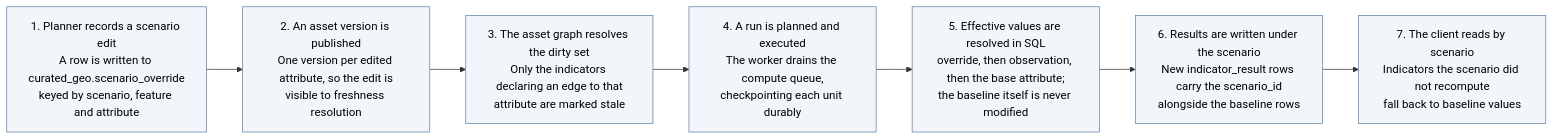
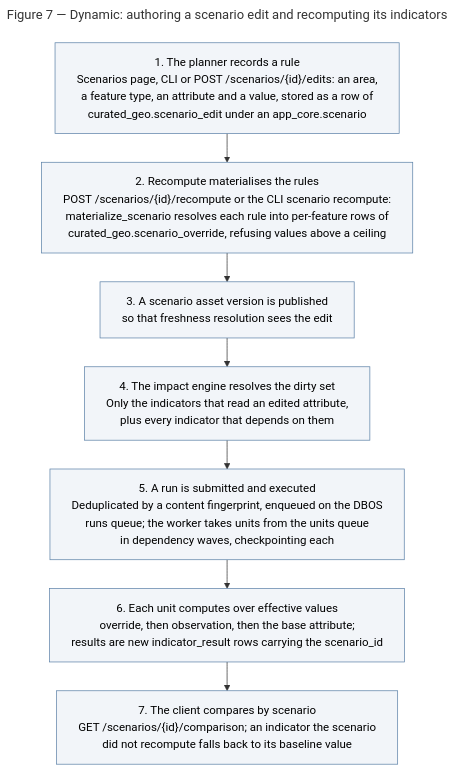
The diagram in docs/delivery/diagrams/c4_04_scenario_dynamic.mmd (rschifan/reimagina-evo), drawn with Mermaid before and after one commit. The commit also changed 16 other files, not shown here.

First line of the commit message:
docs(delivery): issue the architecture map as 1.0 against r051

```diff
--- a/docs/delivery/diagrams/c4_04_scenario_dynamic.mmd
+++ b/docs/delivery/diagrams/c4_04_scenario_dynamic.mmd
@@ -1,13 +1,22 @@
-flowchart LR
-  s1["1. Planner records a scenario edit<br/>A row is written to curated_geo.scenario_override<br/>keyed by scenario, feature and attribute"]
-  s2["2. An asset version is published<br/>One version per edited attribute, so the edit is<br/>visible to freshness resolution"]
-  s3["3. The asset graph resolves the dirty set<br/>Only the indicators declaring an edge to that<br/>attribute are marked stale"]
-  s4["4. A run is planned and executed<br/>The worker drains the compute queue,<br/>checkpointing each unit durably"]
-  s5["5. Effective values are resolved in SQL<br/>override, then observation, then the base attribute;<br/>the baseline itself is never modified"]
-  s6["6. Results are written under the scenario<br/>New indicator_result rows carry the scenario_id<br/>alongside the baseline rows"]
-  s7["7. The client reads by scenario<br/>Indicators the scenario did not recompute<br/>fall back to baseline values"]
+---
+title: "Figure 7 — Dynamic: authoring a scenario edit and recomputing its indicators"
+config:
+  flowchart:
+    wrappingWidth: 900
+    nodeSpacing: 30
+    rankSpacing: 40
+  themeCSS: ".flowchartTitleText{font-size:30px;font-weight:600;fill:#16181d}"
+---
+flowchart TB
+  s1["1. The planner records a rule<br/>Scenarios page, CLI or POST /scenarios/{id}/edits: an area,<br/>a feature type, an attribute and a value, stored as a row of<br/>curated_geo.scenario_edit under an app_core.scenario"]
+  s2["2. Recompute materialises the rules<br/>POST /scenarios/{id}/recompute or the CLI scenario recompute:<br/>materialize_scenario resolves each rule into per-feature rows of<br/>curated_geo.scenario_override, refusing values above a ceiling"]
+  s3["3. A scenario asset version is published<br/>so that freshness resolution sees the edit"]
+  s4["4. The impact engine resolves the dirty set<br/>Only the indicators that read an edited attribute,<br/>plus every indicator that depends on them"]
+  s5["5. A run is submitted and executed<br/>Deduplicated by a content fingerprint, enqueued on the DBOS<br/>runs queue; the worker takes units from the units queue<br/>in dependency waves, checkpointing each"]
+  s6["6. Each unit computes over effective values<br/>override, then observation, then the base attribute;<br/>results are new indicator_result rows carrying the scenario_id"]
+  s7["7. The client compares by scenario<br/>GET /scenarios/{id}/comparison; an indicator the scenario<br/>did not recompute falls back to its baseline value"]
 
   s1 --> s2 --> s3 --> s4 --> s5 --> s6 --> s7
 
   classDef step fill:#f2f5f9,stroke:#5d82a8,color:#000
   class s1,s2,s3,s4,s5,s6,s7 step
```
